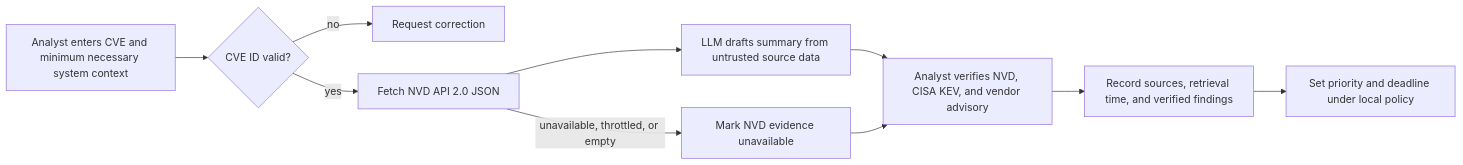
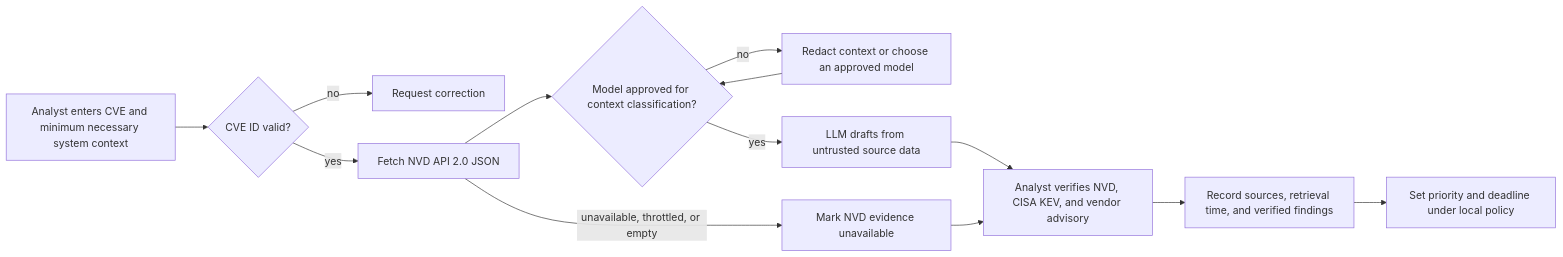
Before and after one commit to Pnwcomputers/ULTIMATE-CYBERSECURITY-MASTER-GUIDE: the diagram in AI/AnythingLLM/flow-cve_lookup.md, drawn with Mermaid. The commit also changed other lines of this file, not shown here.

Commit message:
Add CVE flow data handling and evidence safeguards

````diff
--- a/AI/AnythingLLM/flow-cve_lookup.md
+++ b/AI/AnythingLLM/flow-cve_lookup.md
@@ -621,12 +621,15 @@
 ```mermaid
 flowchart LR
     A[Analyst enters CVE and minimum necessary system context] --> B{CVE ID valid?}
     B -- no --> C[Request correction]
     B -- yes --> D[Fetch NVD API 2.0 JSON]
-    D --> E[LLM drafts summary from untrusted source data]
-    D -- unavailable, throttled, or empty --> F[Mark NVD evidence unavailable]
-    E --> G[Analyst verifies NVD, CISA KEV, and vendor advisory]
-    F --> G
+    D --> E{Model approved for context classification?}
+    E -- no --> F[Redact context or choose an approved model]
+    F --> E
+    E -- yes --> J[LLM drafts from untrusted source data]
+    D -- unavailable, throttled, or empty --> K[Mark NVD evidence unavailable]
+    J --> G[Analyst verifies NVD, CISA KEV, and vendor advisory]
+    K --> G
     G --> H[Record sources, retrieval time, and verified findings]
     H --> I[Set priority and deadline under local policy]
 ```
````
